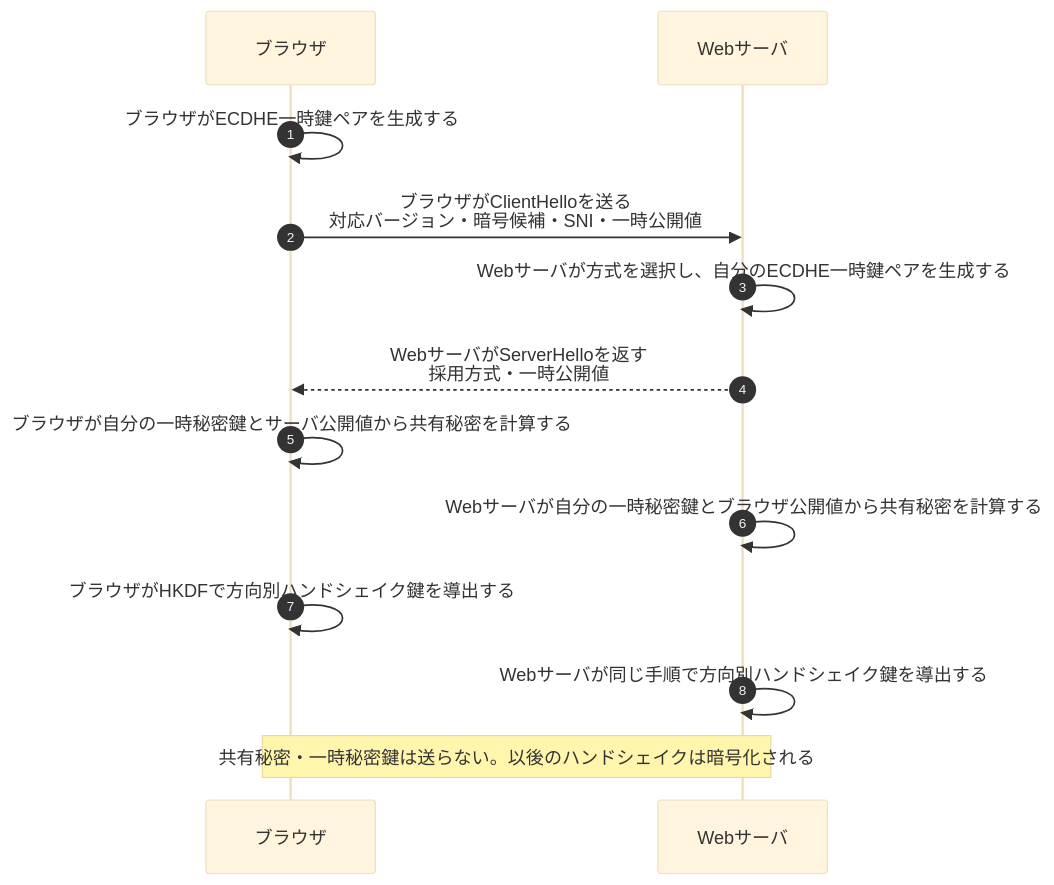
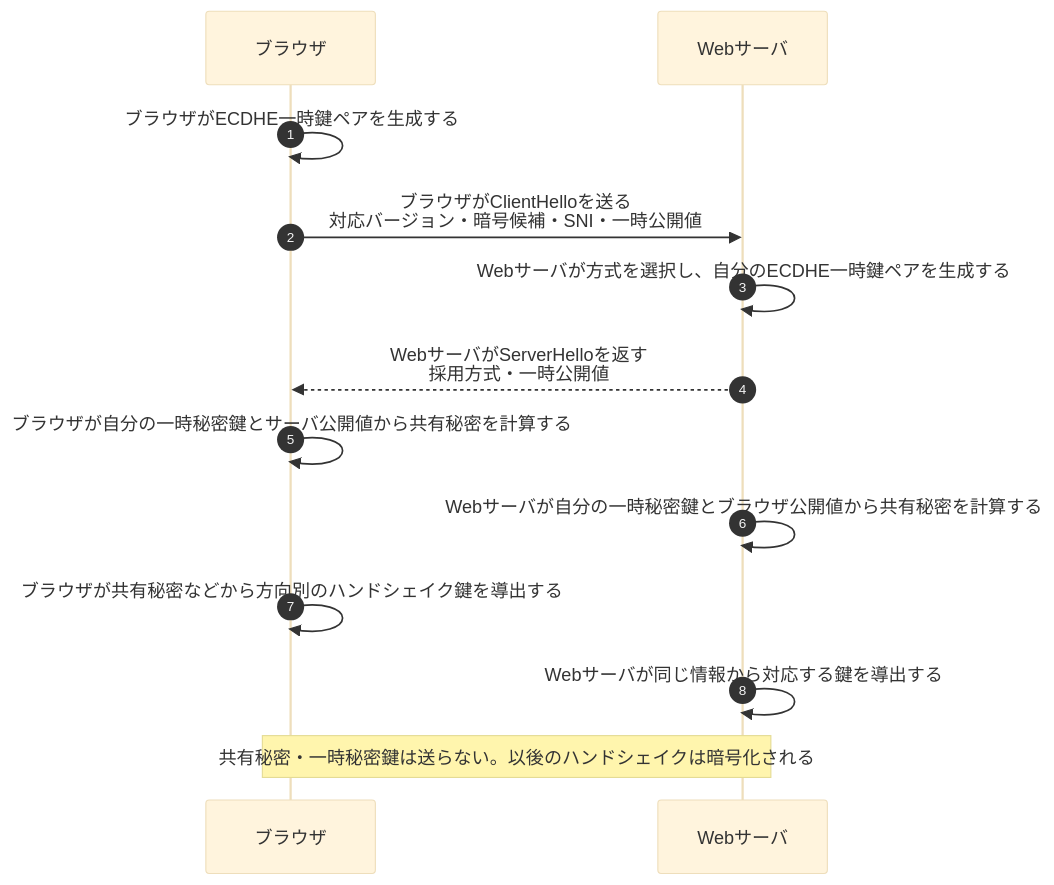
Before and after one commit to ryusuke2003/security-specialist-study: the first of 2 diagrams in 復習用/流れ図/TLS1.3ハンドシェイク.md, drawn with Mermaid (base theme). The commit also changed other lines of this file, not shown here.

Commit message:
TLS流れ図から鍵スケジュールの過剰な詳細を整理

````diff
--- a/復習用/流れ図/TLS1.3ハンドシェイク.md
+++ b/復習用/流れ図/TLS1.3ハンドシェイク.md
@@ -39,16 +39,16 @@
 ```mermaid
 sequenceDiagram
     autonumber
     participant B as ブラウザ
     participant S as Webサーバ
 
     B->>B: ブラウザがECDHE一時鍵ペアを生成する
     B->>S: ブラウザがClientHelloを送る<br/>対応バージョン・暗号候補・SNI・一時公開値
     S->>S: Webサーバが方式を選択し、自分のECDHE一時鍵ペアを生成する
     S-->>B: WebサーバがServerHelloを返す<br/>採用方式・一時公開値
     B->>B: ブラウザが自分の一時秘密鍵とサーバ公開値から共有秘密を計算する
     S->>S: Webサーバが自分の一時秘密鍵とブラウザ公開値から共有秘密を計算する
-    B->>B: ブラウザがHKDFで方向別ハンドシェイク鍵を導出する
-    S->>S: Webサーバが同じ手順で方向別ハンドシェイク鍵を導出する
+    B->>B: ブラウザが共有秘密などから方向別のハンドシェイク鍵を導出する
+    S->>S: Webサーバが同じ情報から対応する鍵を導出する
     Note over B,S: 共有秘密・一時秘密鍵は送らない。以後のハンドシェイクは暗号化される
 ```
````
